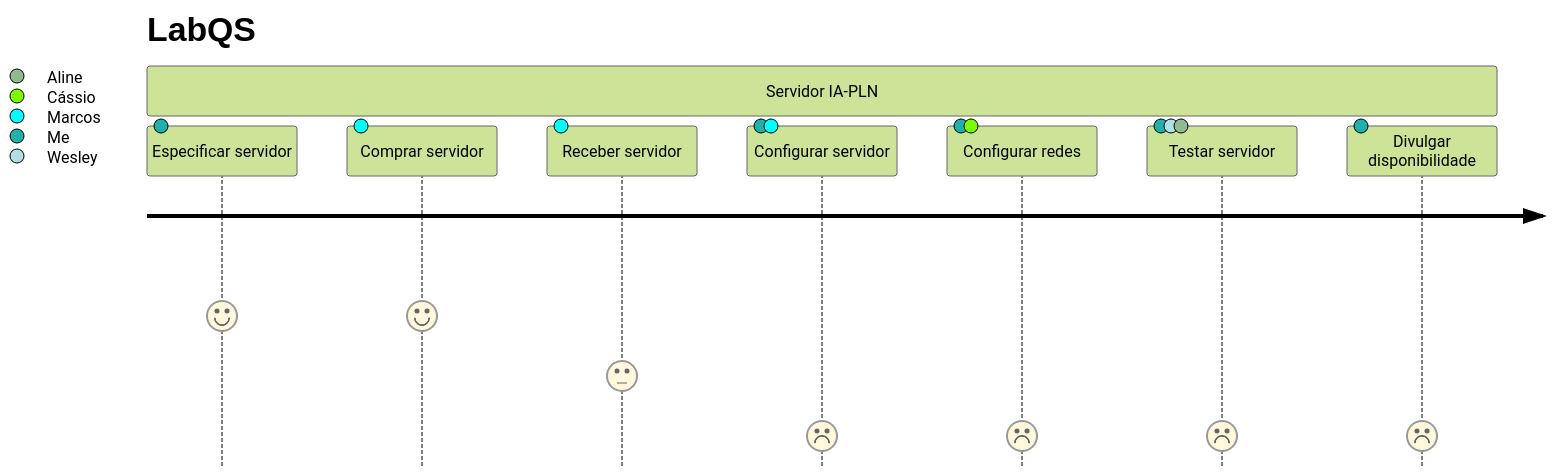
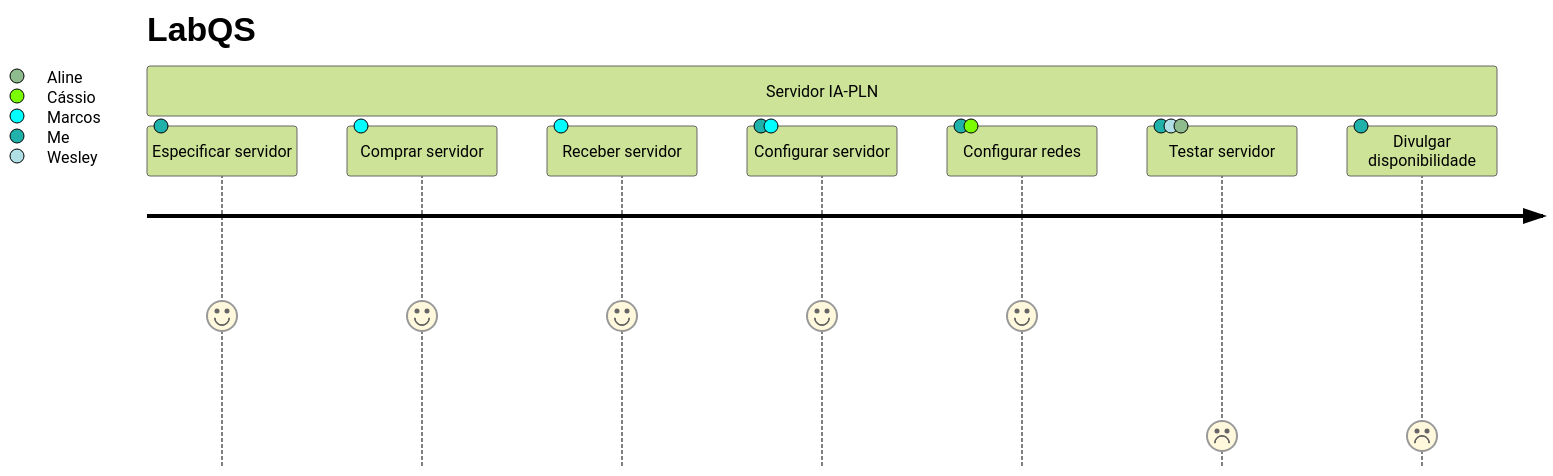
One commit to LabQS-ITA/cloud changed the sixth of 9 diagrams in xen/README.md. Above: the diagram before and after it, drawn with Mermaid (forest theme). The commit also changed other lines of this file and 2 other files, not shown here.

````diff
--- a/xen/README.md
+++ b/xen/README.md
@@ -451,12 +458,12 @@
 ```mermaid
 journey
     title LabQS
     section Servidor IA-PLN
         Especificar servidor: 5: Me
         Comprar servidor: 5: Marcos
-        Receber servidor: 3: Marcos
-        Configurar servidor: 1: Me, Marcos
-        Configurar redes: 1: Me, Cássio
+        Receber servidor: 5: Marcos
+        Configurar servidor: 5: Me, Marcos
+        Configurar redes: 5: Me, Cássio
         Testar servidor: 1: Me, Wesley, Aline
         Divulgar disponibilidade: 1: Me
 ```
````
